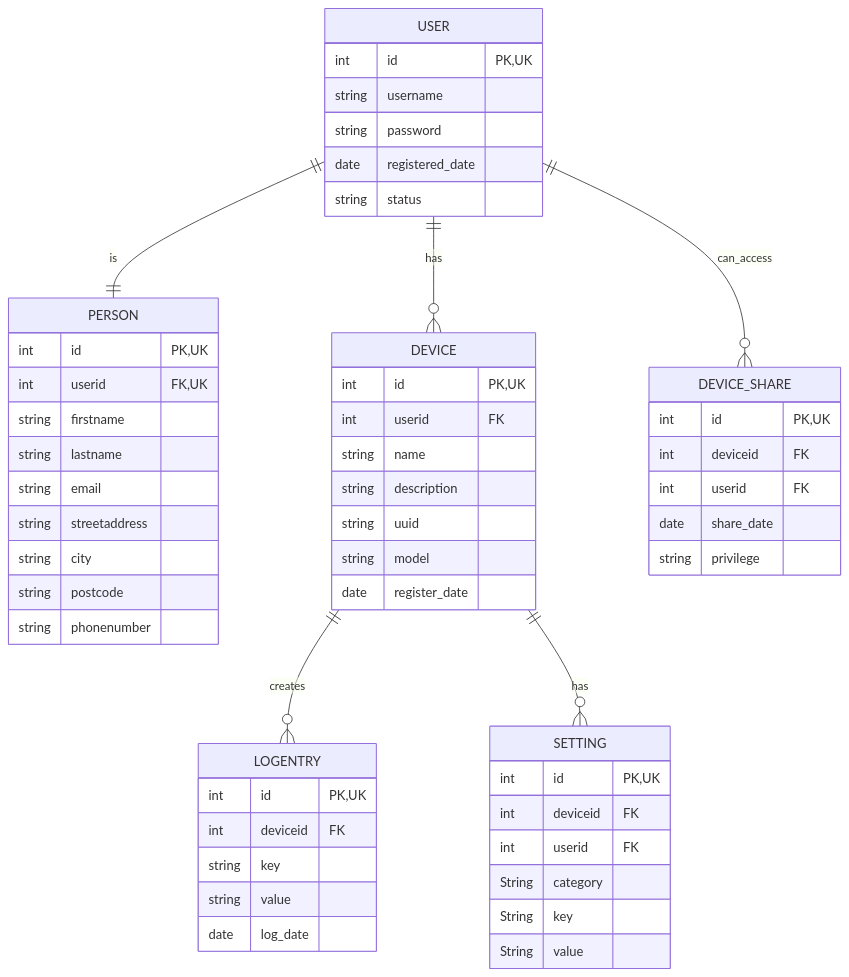
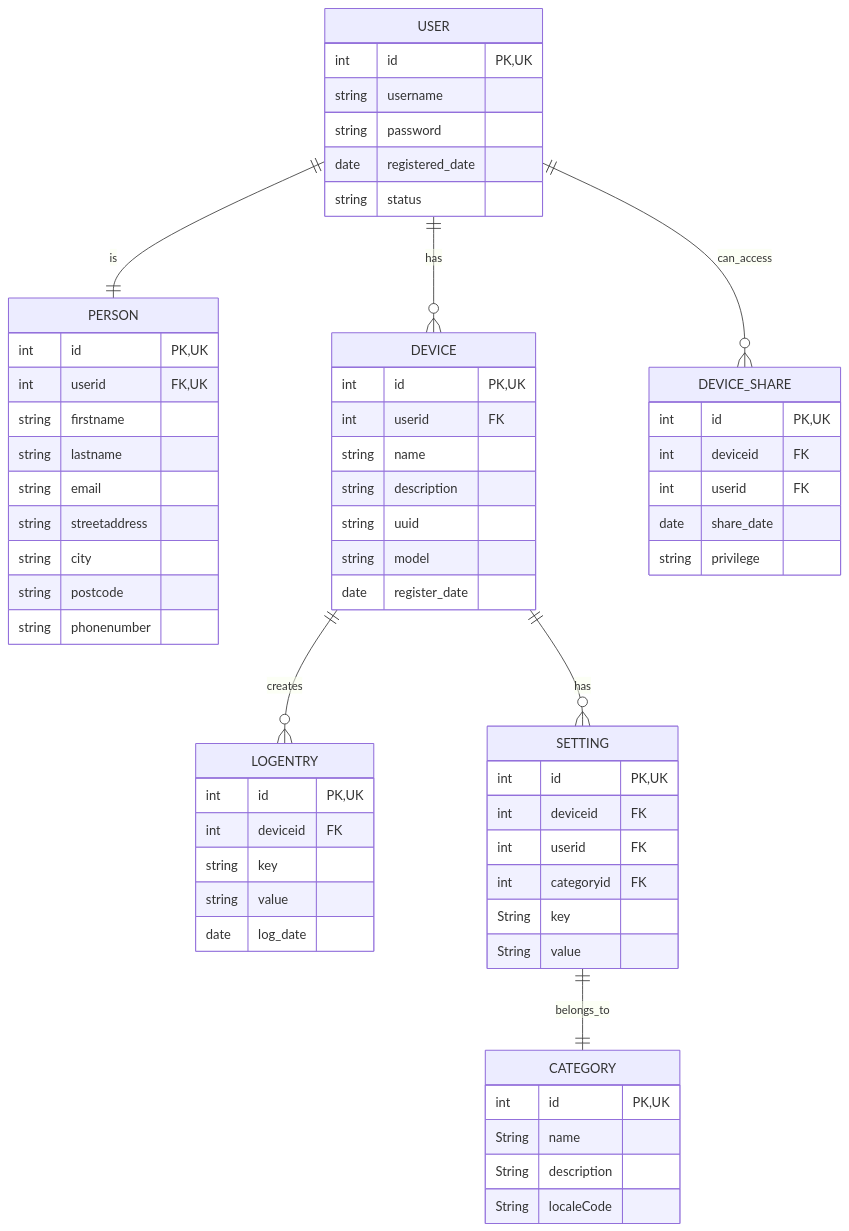
The diagram in db.md (0x6A4B/OTP1), drawn with Mermaid before and after one commit.

Commit message:
db.md saved

````diff
--- a/db.md
+++ b/db.md
@@ -1,64 +1,72 @@
 ```mermaid
 
 erDiagram
     USER 1--1 PERSON : is
     USER 1--0+ DEVICE : has
     DEVICE 1--0+ LOGENTRY : creates
     USER 1--0+ DEVICE_SHARE : can_access
     DEVICE 1--0+ SETTING : has
+    SETTING 1--1 CATEGORY : belongs_to
 
     USER {
         int id PK,UK
         string username
         string password
         date registered_date
         string status
     }
 
     PERSON {
         int id PK,UK
         int userid FK,UK
         string firstname
         string lastname
         string email
         string streetaddress
         string city
         string postcode
         string phonenumber
     }
 
     DEVICE {
         int id PK,UK
         int userid FK 
         string name
         string description
         string uuid
         string model
         date register_date
     }
 
     LOGENTRY {
         int id PK,UK
         int deviceid FK
         string key
         string value
         date log_date
     }
 
     DEVICE_SHARE {
         int id PK,UK
         int deviceid FK
         int userid FK
         date share_date
         string privilege
     }
 
     SETTING {
         int id PK,UK
         int deviceid FK
         int userid FK
-        String category
+        int categoryid FK
         String key
         String value
     }
+
+    CATEGORY {
+        int id PK,UK
+        String name
+        String description
+        String localeCode
+    }
 ```
````
